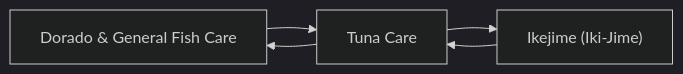
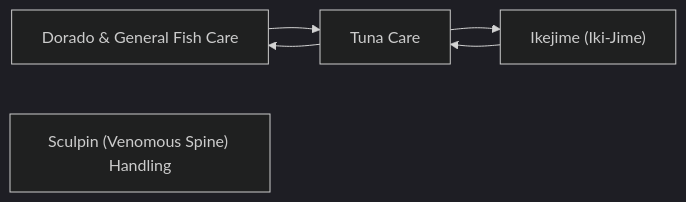
The diagram in fish-care/README.md (camchuckpete-max/Socal-Fishing-Knowledge), drawn with Mermaid (dark theme) before and after one commit. The commit also changed other lines of this file and 3 other files, not shown here.

````diff
--- a/fish-care/README.md
+++ b/fish-care/README.md
@@ -16,10 +17,11 @@
 ```mermaid
 graph LR
   n0["Dorado & General Fish Care"]
   n1["Ikejime (Iki-Jime)"]
-  n2["Tuna Care"]
-  n0 --> n2
-  n1 --> n2
-  n2 --> n0
-  n2 --> n1
+  n2["Sculpin (Venomous Spine) Handling"]
+  n3["Tuna Care"]
+  n0 --> n3
+  n1 --> n3
+  n3 --> n0
+  n3 --> n1
 ```
````
